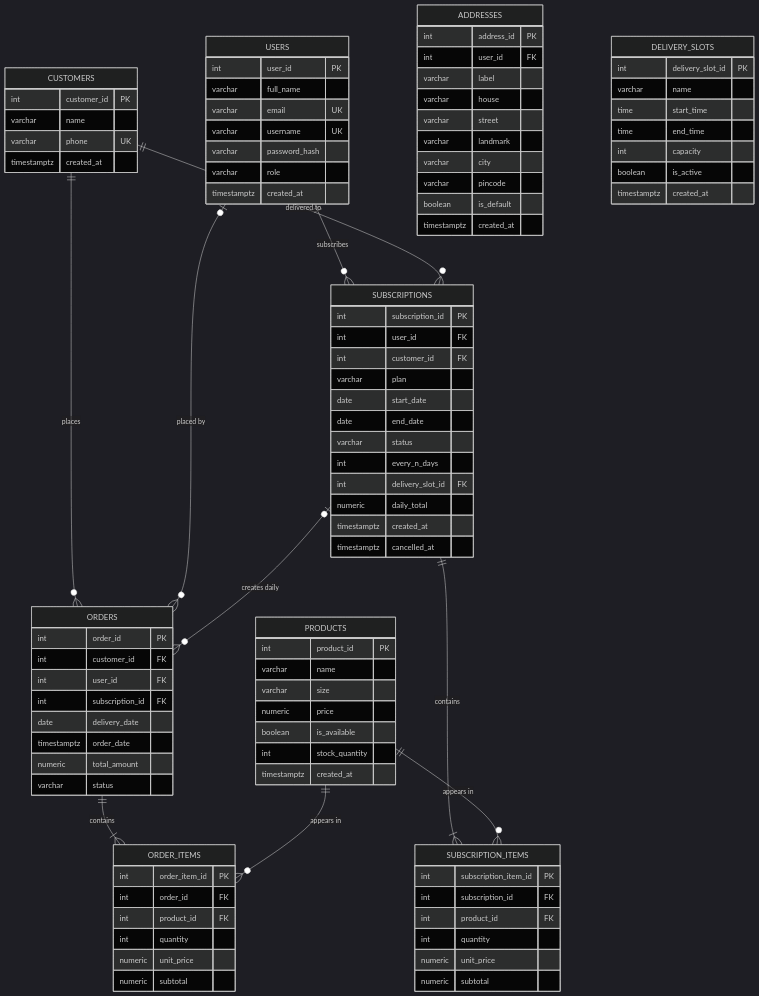
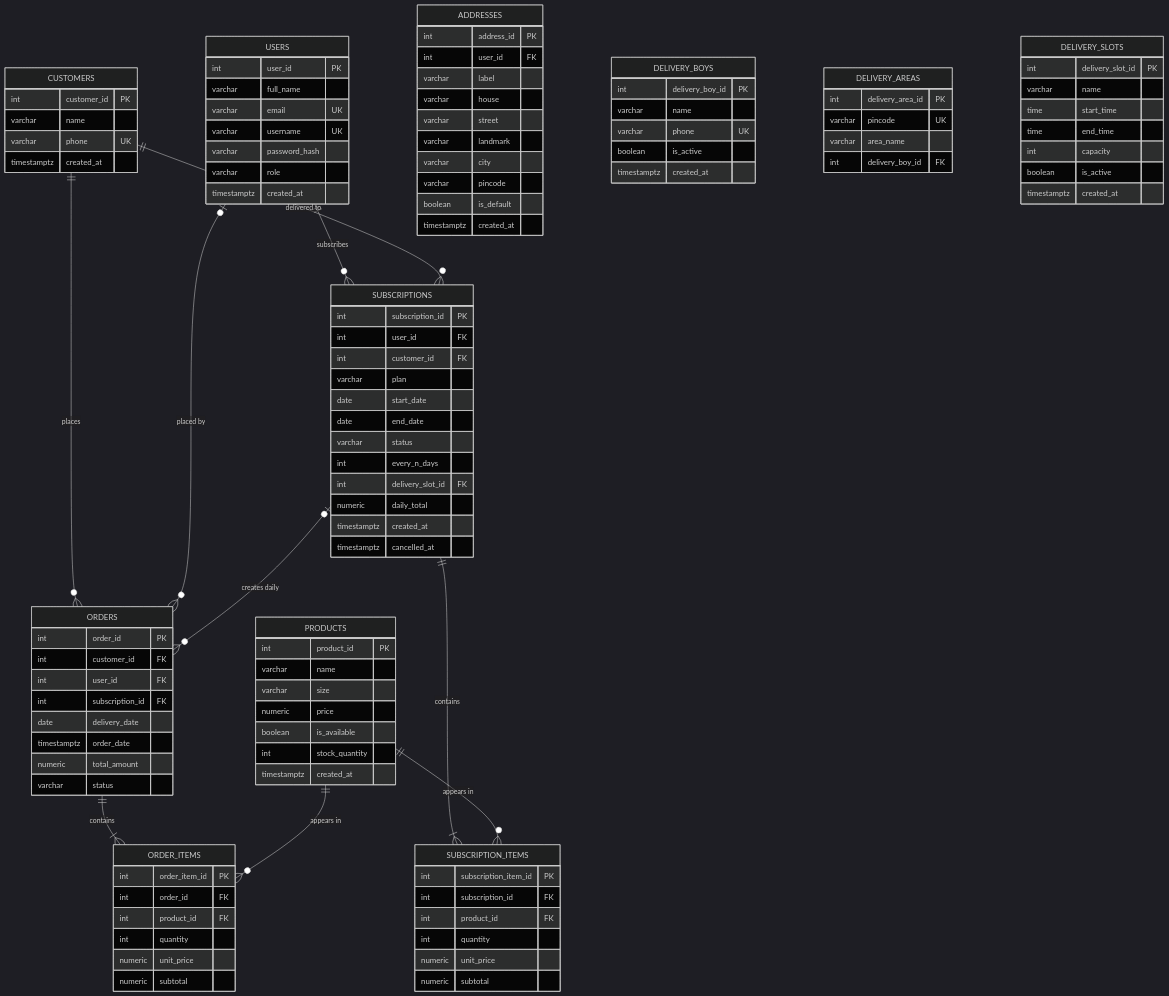
The diagram in docs/04-architecture/database-erd.md (samad-k-shaik/dairycart), drawn with Mermaid (dark theme) before and after one commit. The commit also changed other lines of this file and 42 other files, not shown here.

First line of the commit message:
feat(admin): delivery boys with area (PIN code) allocation (#103)

```diff
--- a/docs/04-architecture/database-erd.md
+++ b/docs/04-architecture/database-erd.md
@@ -90,6 +90,19 @@
         boolean is_default
         timestamptz created_at
     }
+    DELIVERY_BOYS {
+        int delivery_boy_id PK
+        varchar name
+        varchar phone UK
+        boolean is_active
+        timestamptz created_at
+    }
+    DELIVERY_AREAS {
+        int delivery_area_id PK
+        varchar pincode UK
+        varchar area_name
+        int delivery_boy_id FK
+    }
     DELIVERY_SLOTS {
         int delivery_slot_id PK
         varchar name
```
